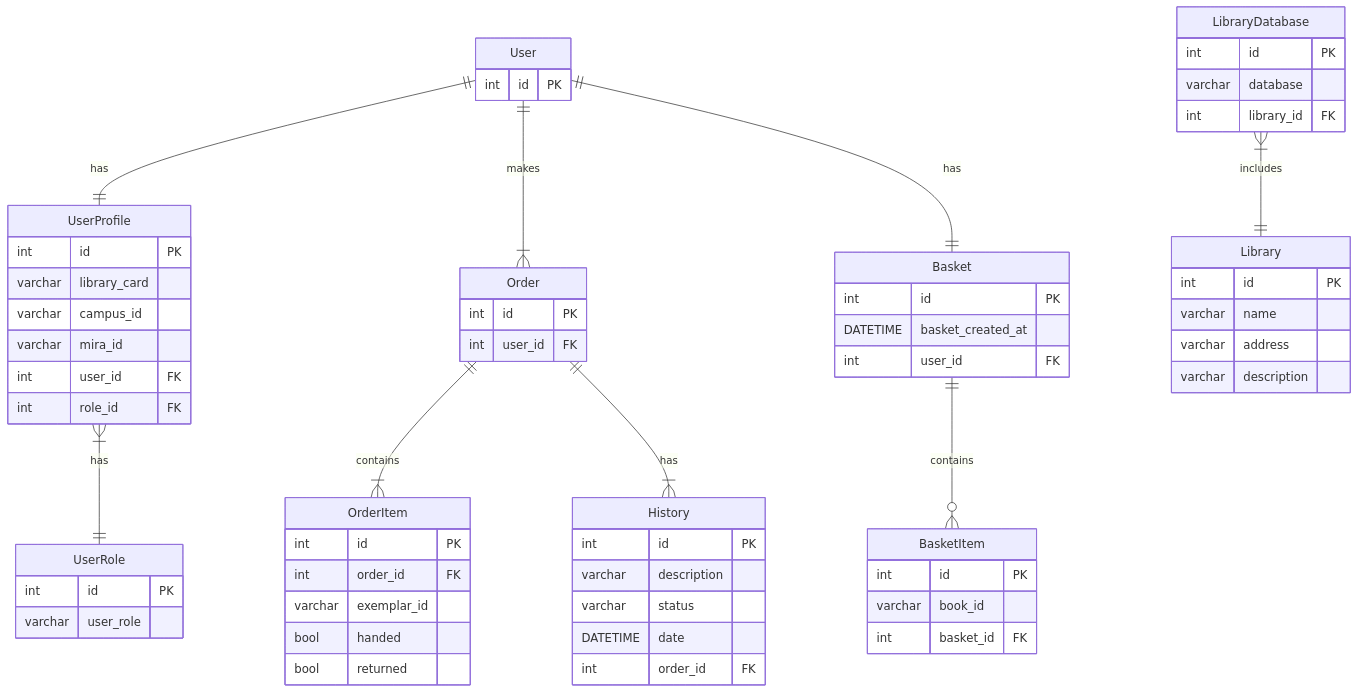
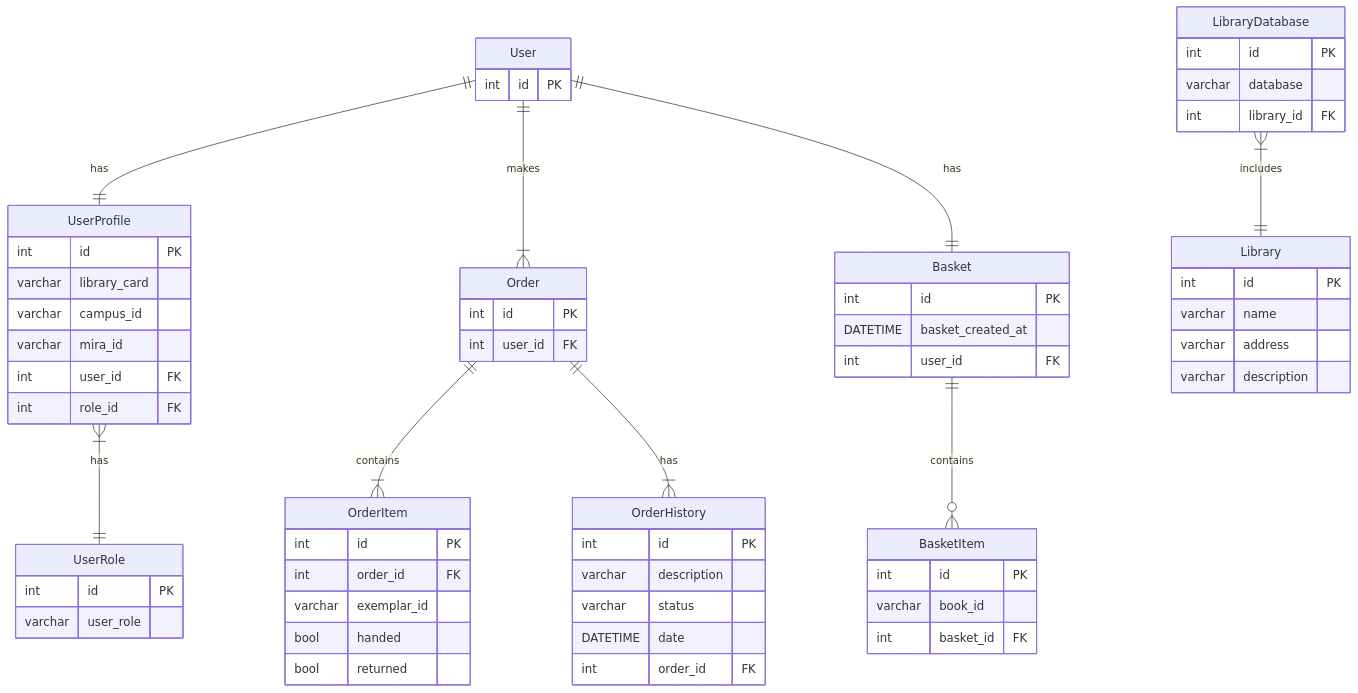
The second of 2 diagrams in README.md (nnn1ki/library-online), drawn with Mermaid before and after one commit. The commit also changed 8 other files, not shown here.

````diff
--- a/README.md
+++ b/README.md
@@ -32,76 +32,76 @@
 ```mermaid
 erDiagram
     User ||--|| UserProfile : has
     User ||--|{ Order : makes
     User ||--|| Basket : has
     UserProfile }|--|| UserRole : has
     Order ||--|{ OrderItem : contains
-    Order ||--|{ History : has
+    Order ||--|{ OrderHistory : has
     Basket ||--o{ BasketItem : contains
     
     LibraryDatabase }|--|| Library : includes
     
     User { 
       int id PK 
     }
 
     UserProfile {
       int id PK 
       varchar library_card
       varchar campus_id 
       varchar mira_id
       int user_id FK
       int role_id FK
     }
 
-    UserRole{
+    UserRole {
         int id PK
         varchar user_role 
     }
     
     Basket {
         int id PK 
         DATETIME basket_created_at 
         int user_id FK
     }
 
-    BasketItem{
+    BasketItem {
         int id PK
         varchar book_id
         int basket_id FK
     }
 
-    Order{
+    Order {
         int id PK  
         int user_id FK
     }
 
-    History{
+    OrderHistory {
         int id PK
         varchar description
         varchar status
         DATETIME date
         int order_id FK 
     }
 
-    OrderItem{
+    OrderItem {
         int id PK
         int order_id FK
         varchar exemplar_id
         bool handed
         bool returned
     }
 
     Library {
         int id PK
         varchar name
         varchar address
         varchar description
     }
 
     LibraryDatabase {
         int id PK
         varchar database
         int library_id FK
     }
 ```
````
